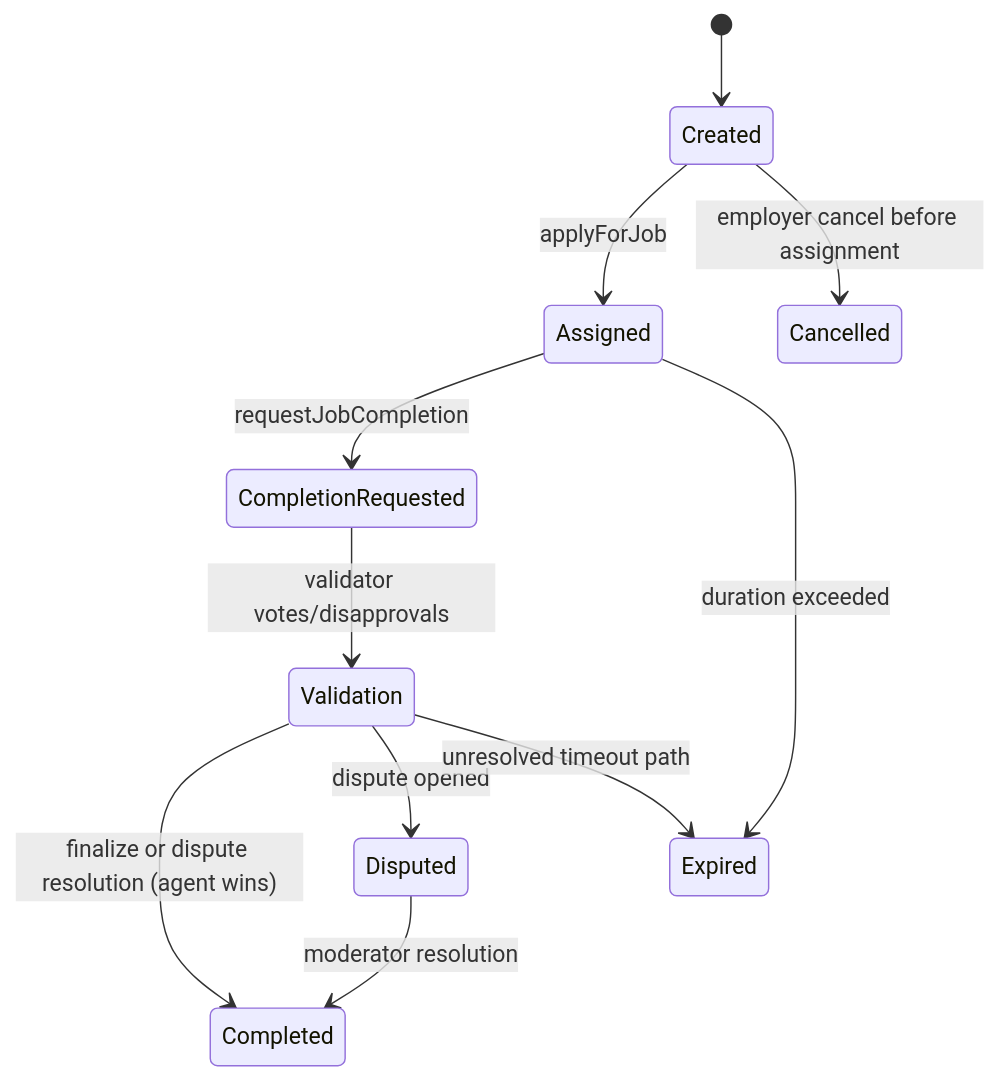
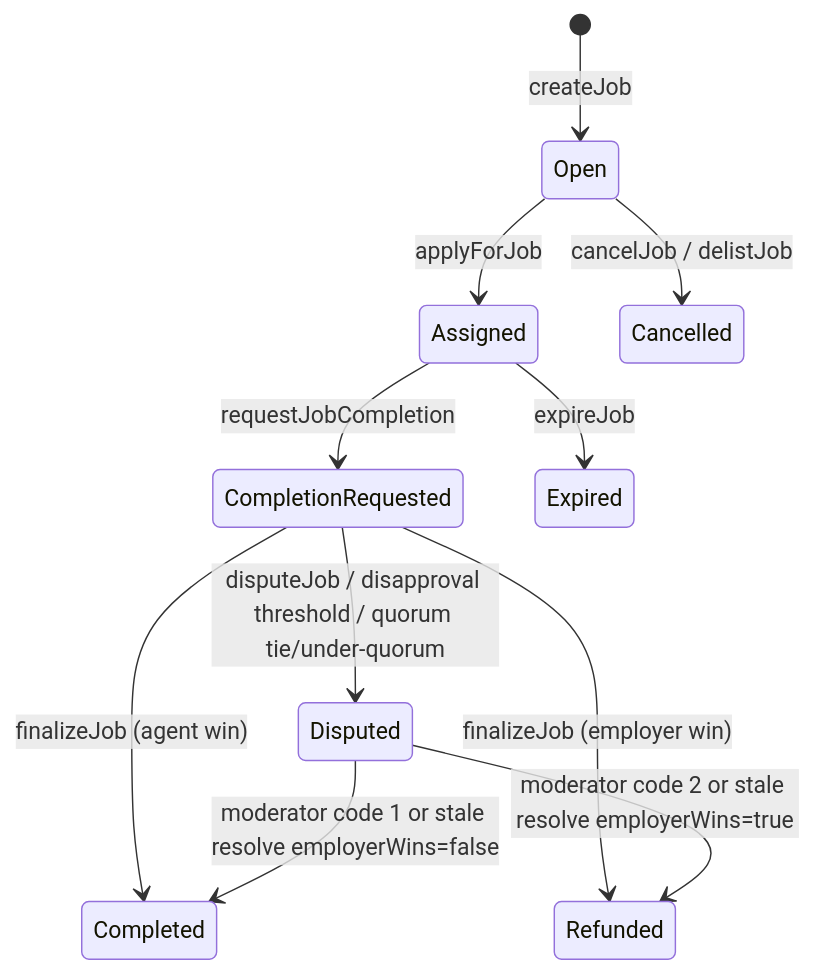
One commit to MontrealAI/AGIJobManager changed the second of 4 diagrams in docs/DEPLOYMENT/OWNER_MAINNET_DEPLOYMENT_AND_OPERATIONS_GUIDE.md. Above: the diagram before and after it, drawn with Mermaid. The commit also changed other lines of this file and 2 other files, not shown here.

````diff
--- a/docs/DEPLOYMENT/OWNER_MAINNET_DEPLOYMENT_AND_OPERATIONS_GUIDE.md
+++ b/docs/DEPLOYMENT/OWNER_MAINNET_DEPLOYMENT_AND_OPERATIONS_GUIDE.md
@@ -278,13 +356,13 @@
 ```mermaid
 stateDiagram-v2
-  [*] --> Created
-  Created --> Assigned: applyForJob
-  Assigned --> CompletionRequested: requestJobCompletion
-  CompletionRequested --> Validation: validator votes/disapprovals
-  Validation --> Completed: finalize or dispute resolution (agent wins)
-  Validation --> Disputed: dispute opened
-  Disputed --> Completed: moderator resolution
-  Assigned --> Expired: duration exceeded
-  Created --> Cancelled: employer cancel before assignment
-  Validation --> Expired: unresolved timeout path
+  [*] --> Open : createJob
+  Open --> Assigned : applyForJob
+  Assigned --> CompletionRequested : requestJobCompletion
+  CompletionRequested --> Completed : finalizeJob (agent win)
+  CompletionRequested --> Refunded : finalizeJob (employer win)
+  CompletionRequested --> Disputed : disputeJob / disapproval threshold / quorum tie/under-quorum
+  Disputed --> Completed : moderator code 1 or stale resolve employerWins=false
+  Disputed --> Refunded : moderator code 2 or stale resolve employerWins=true
+  Assigned --> Expired : expireJob
+  Open --> Cancelled : cancelJob / delistJob
 ```
````
